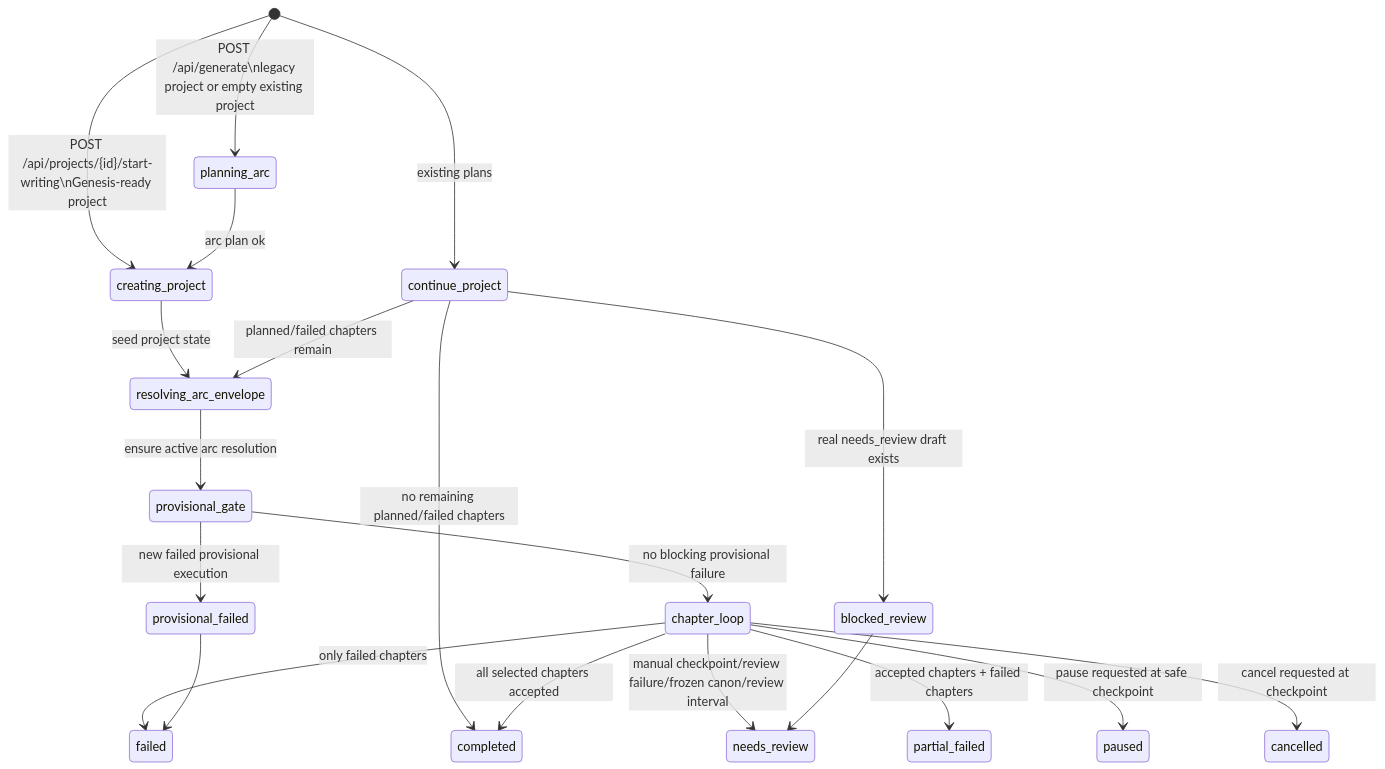
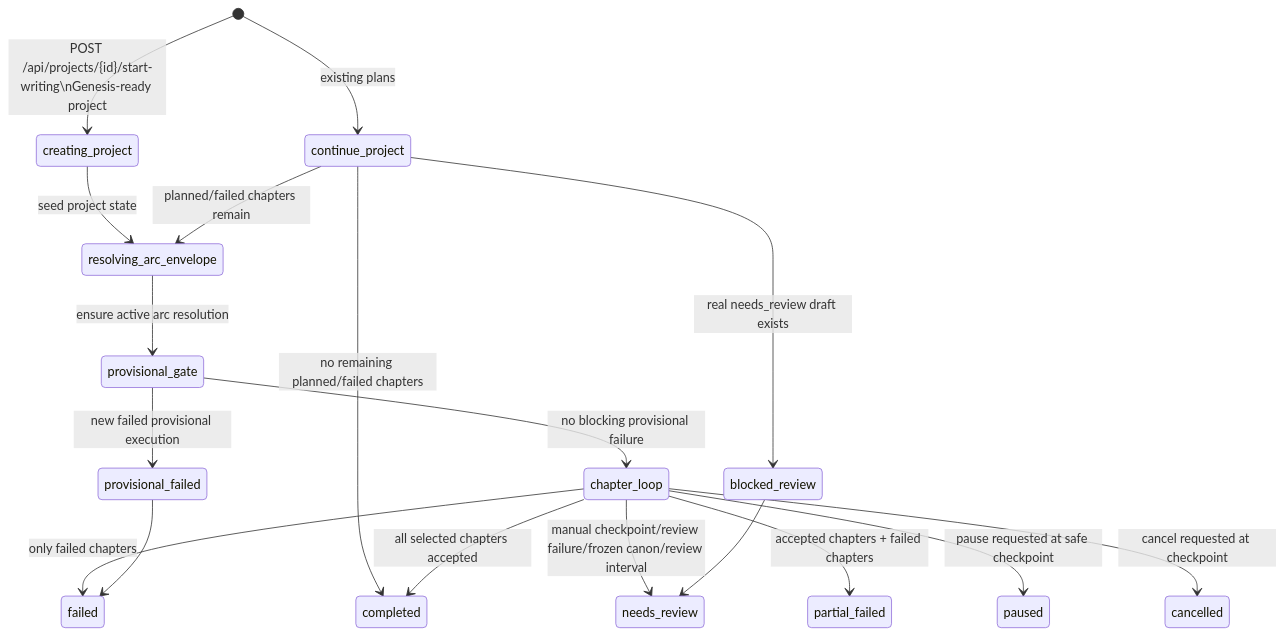
One commit to Ctwqk/ForWin changed the second of 4 diagrams in Design-docs/writing_flow_state_machine.md. Above: the diagram before and after it, drawn with Mermaid. The commit also changed other lines of this file and 119 other files, not shown here.

````diff
--- a/Design-docs/writing_flow_state_machine.md
+++ b/Design-docs/writing_flow_state_machine.md
@@ -51,25 +43,23 @@
 ```mermaid
 stateDiagram-v2
-    [*] --> planning_arc: POST /api/generate\nlegacy project or empty existing project
     [*] --> creating_project: POST /api/projects/{id}/start-writing\nGenesis-ready project
-    planning_arc --> creating_project: arc plan ok
     creating_project --> resolving_arc_envelope: seed project state
     resolving_arc_envelope --> provisional_gate: ensure active arc resolution
     provisional_gate --> provisional_failed: new failed provisional execution
     provisional_gate --> chapter_loop: no blocking provisional failure
 
     [*] --> continue_project: existing plans
     continue_project --> blocked_review: real needs_review draft exists
     continue_project --> resolving_arc_envelope: planned/failed chapters remain
     continue_project --> completed: no remaining planned/failed chapters
 
     chapter_loop --> completed: all selected chapters accepted
     chapter_loop --> needs_review: manual checkpoint/review failure/frozen canon/review interval
     chapter_loop --> partial_failed: accepted chapters + failed chapters
     chapter_loop --> failed: only failed chapters
     chapter_loop --> paused: pause requested at safe checkpoint
     chapter_loop --> cancelled: cancel requested at checkpoint
 
     provisional_failed --> failed
     blocked_review --> needs_review
 ```
````
